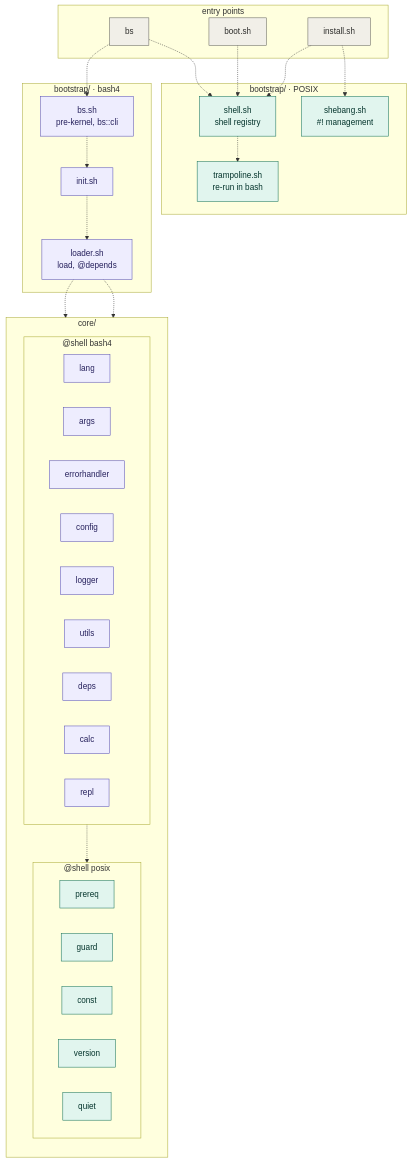
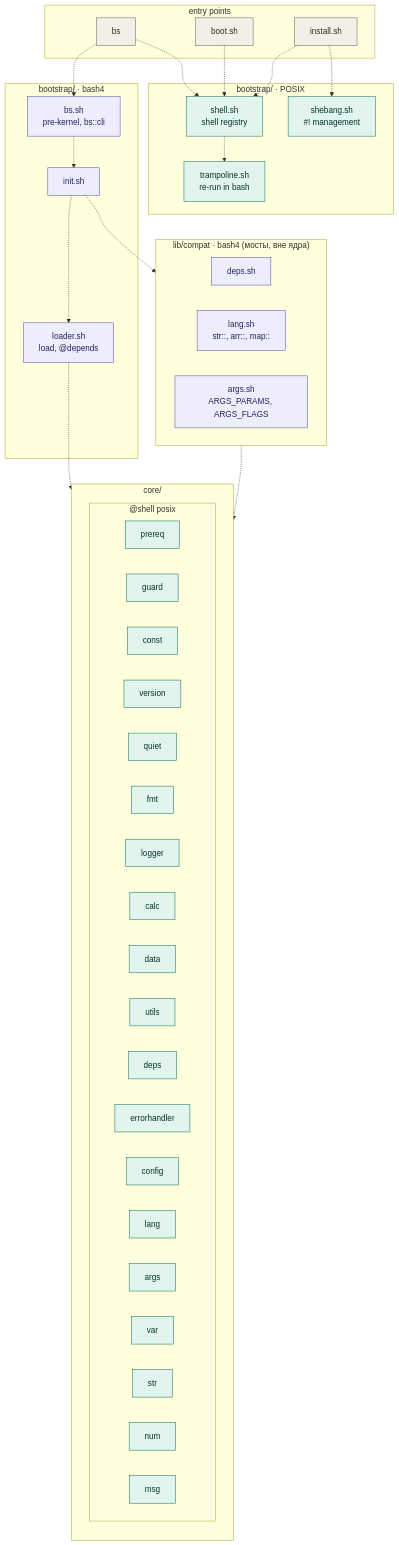
The first of 7 diagrams in documentation/ru/01-getting-started/README.md (Igormm/bs), drawn with Mermaid before and after one commit. The commit also changed other lines of this file and 31 other files, not shown here.

Commit message:
refactor(core): args — @shell posix (bs_args_*), мост lib/compat/args для массивов bash; все 15 файлов core/ на POSIX

````diff
--- a/documentation/ru/01-getting-started/README.md
+++ b/documentation/ru/01-getting-started/README.md
@@ -164,53 +164,61 @@
 ```mermaid
 flowchart TB
   classDef entry fill:#F1EFE8,stroke:#5F5E5A,color:#2C2C2A
   classDef posix fill:#E1F5EE,stroke:#0F6E56,color:#04342C
   classDef bash4 fill:#EEEDFE,stroke:#534AB7,color:#26215C
   subgraph E["entry points"]
     bs["bs"]:::entry
     boot["boot.sh"]:::entry
     inst["install.sh"]:::entry
   end
   subgraph P["bootstrap/ · POSIX"]
     shell["shell.sh<br/>shell registry"]:::posix
     tramp["trampoline.sh<br/>re-run in bash"]:::posix
     sheb["shebang.sh<br/>#! management"]:::posix
   end
   subgraph B["bootstrap/ · bash4"]
     bssh["bs.sh<br/>pre-kernel, bs::cli"]:::bash4
     init["init.sh"]:::bash4
     loader["loader.sh<br/>load, @depends"]:::bash4
   end
   subgraph C["core/"]
     direction TB
     subgraph CP["@shell posix"]
       prereq:::posix
       guard:::posix
       const:::posix
       version:::posix
       quiet:::posix
+      fmt:::posix
+      logger:::posix
+      calc:::posix
+      data:::posix
+      utils:::posix
+      deps:::posix
+      errorhandler:::posix
+      config:::posix
+      lang:::posix
+      args:::posix
+      var:::posix
+      str:::posix
+      num:::posix
+      msg:::posix
     end
-    subgraph CB["@shell bash4"]
-      lang:::bash4
-      args:::bash4
-      errorhandler:::bash4
-      config:::bash4
-      logger:::bash4
-      utils:::bash4
-      deps:::bash4
-      calc:::bash4
-      repl:::bash4
-    end
+  end
+  subgraph L["lib/compat · bash4 (мосты, вне ядра)"]
+    cdeps["deps.sh"]:::bash4
+    clang["lang.sh<br/>str::, arr::, map::"]:::bash4
+    cargs["args.sh<br/>ARGS_PARAMS, ARGS_FLAGS"]:::bash4
   end
   bs -.-> shell
   boot -.-> shell
   inst -.-> shell
   shell -.-> tramp
   bs -.-> bssh
   bssh -.-> init
   init -.-> loader
   loader -.-> CP
-  loader -.-> CB
-  CB -.-> CP
+  init -.-> L
+  L -.-> CP
   inst -.-> sheb
 ```
````
